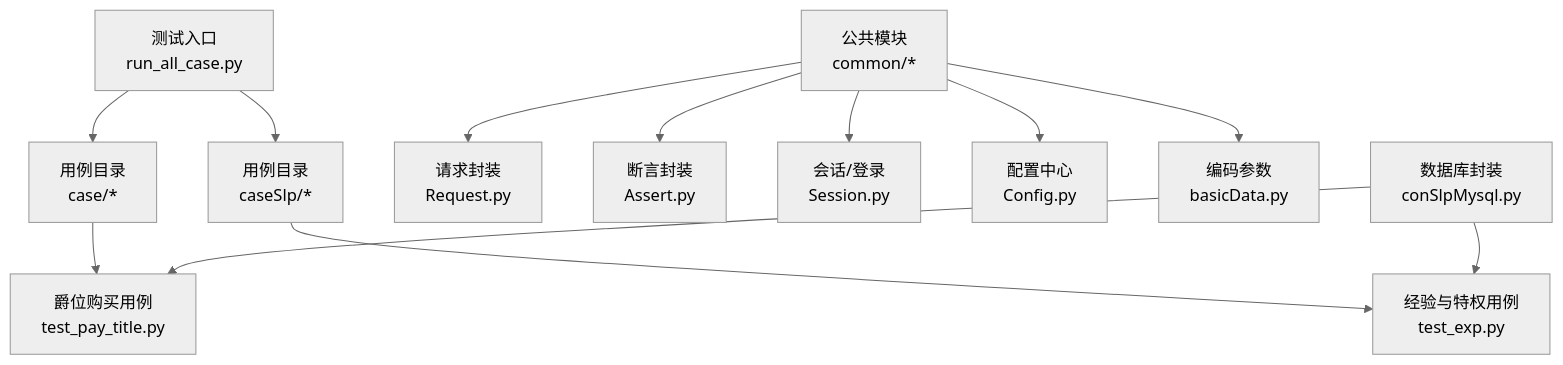
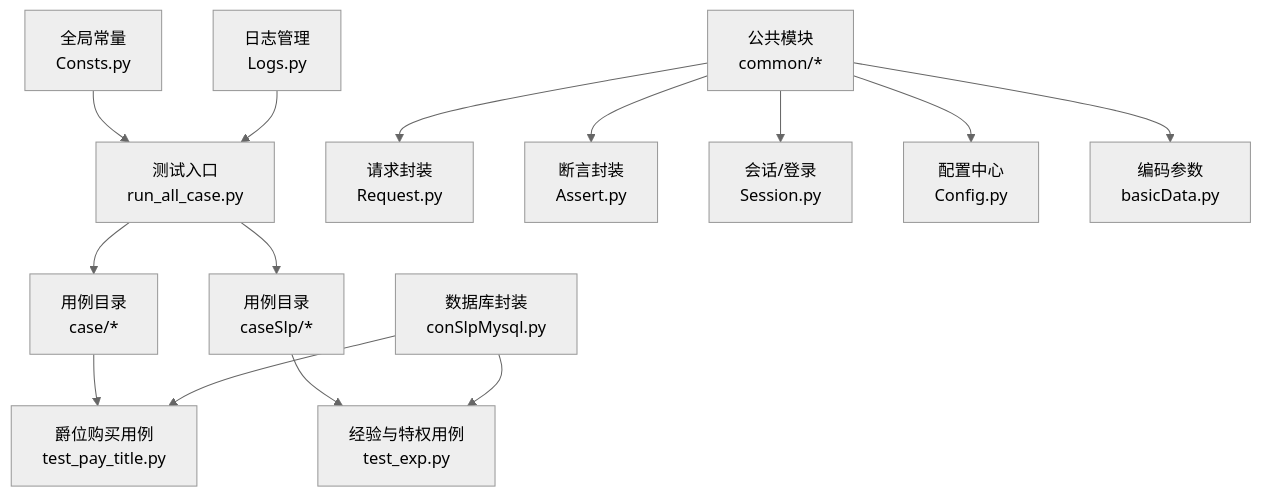
One commit to liximing1-ola/qa-payTest changed the first of 4 diagrams in .qoder/repowiki/zh/content/支付测试用例/爵位购买测试.md. Above: the diagram before and after it, drawn with Mermaid (neutral theme). The commit also changed other lines of this file and 103 other files, not shown here.

````diff
--- a/.qoder/repowiki/zh/content/支付测试用例/爵位购买测试.md
+++ b/.qoder/repowiki/zh/content/支付测试用例/爵位购买测试.md
@@ -45,14 +54,16 @@
 ```mermaid
 graph TB
 A["测试入口<br/>run_all_case.py"] --> B["用例目录<br/>case/*"]
 A --> C["用例目录<br/>caseSlp/*"]
 B --> D["爵位购买用例<br/>test_pay_title.py"]
 C --> E["经验与特权用例<br/>test_exp.py"]
 F["公共模块<br/>common/*"] --> G["请求封装<br/>Request.py"]
 F --> H["断言封装<br/>Assert.py"]
 F --> I["会话/登录<br/>Session.py"]
 F --> J["配置中心<br/>Config.py"]
 F --> K["编码参数<br/>basicData.py"]
 L["数据库封装<br/>conSlpMysql.py"] --> E
 L --> D
+M["全局常量<br/>Consts.py"] --> A
+N["日志管理<br/>Logs.py"] --> A
 ```
````
